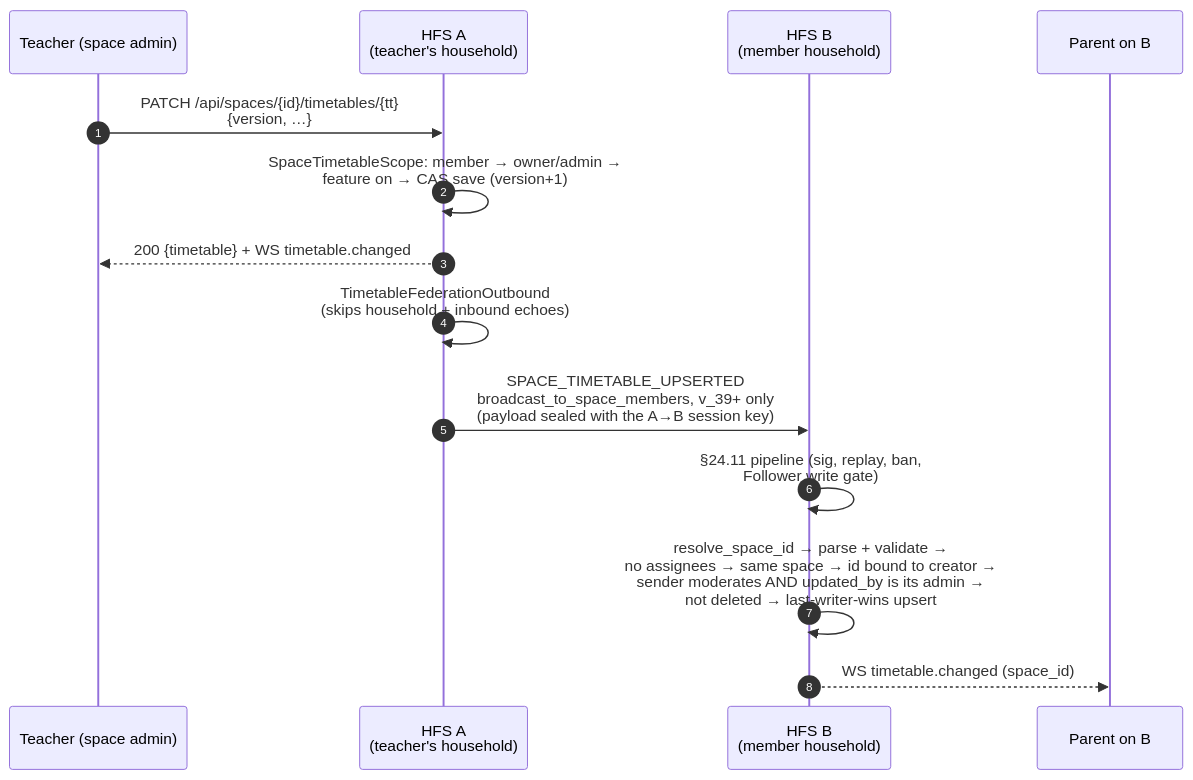
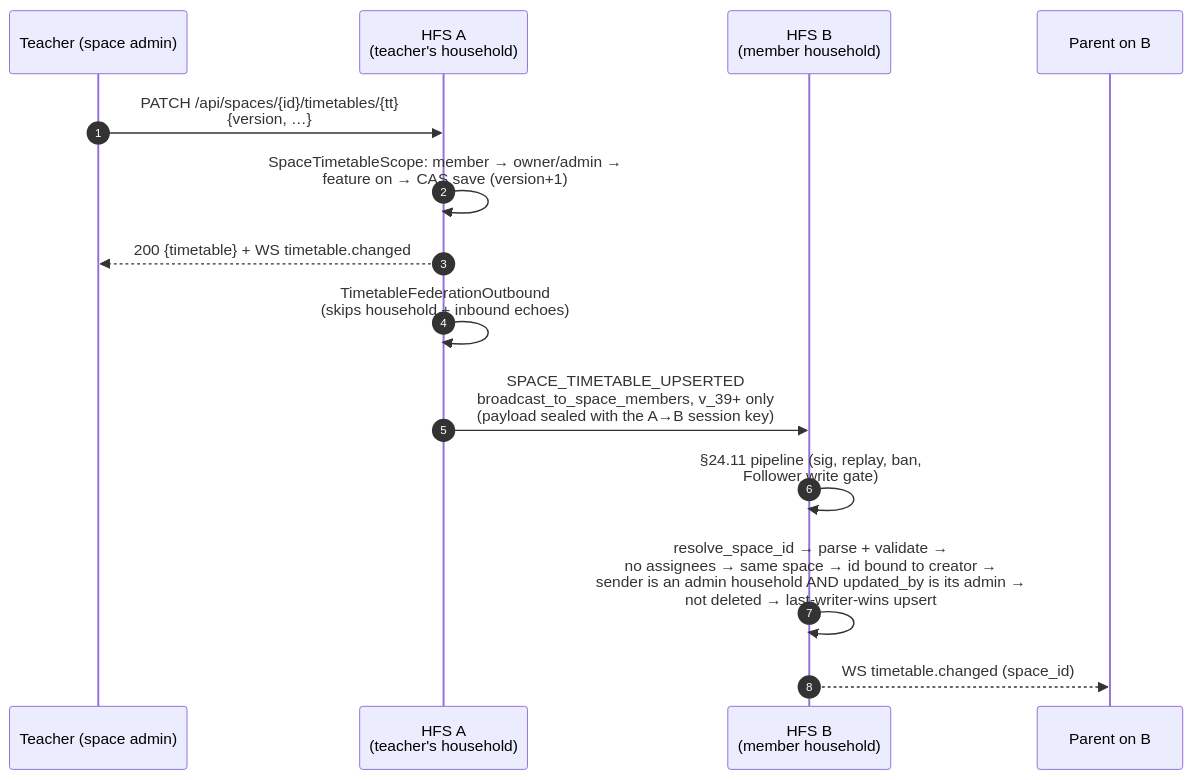
The diagram in docs/protocol/timetables.md (social-home-io/socialhome), drawn with Mermaid before and after one commit. The commit also changed other lines of this file and 83 other files, not shown here.

````diff
--- a/docs/protocol/timetables.md
+++ b/docs/protocol/timetables.md
@@ -57,17 +57,17 @@
 ```mermaid
 sequenceDiagram
     autonumber
     participant T as Teacher (space admin)
     participant A as HFS A<br/>(teacher's household)
     participant B as HFS B<br/>(member household)
     participant M as Parent on B
 
     T->>A: PATCH /api/spaces/{id}/timetables/{tt}<br/>{version, …}
     A->>A: SpaceTimetableScope: member → owner/admin →<br/>feature on → CAS save (version+1)
     A-->>T: 200 {timetable} + WS timetable.changed
     A->>A: TimetableFederationOutbound<br/>(skips household + inbound echoes)
     A->>B: SPACE_TIMETABLE_UPSERTED<br/>broadcast_to_space_members, v_39+ only<br/>(payload sealed with the A→B session key)
     B->>B: §24.11 pipeline (sig, replay, ban,<br/>Follower write gate)
-    B->>B: resolve_space_id → parse + validate →<br/>no assignees → same space → id bound to creator →<br/>sender moderates AND updated_by is its admin →<br/>not deleted → last-writer-wins upsert
+    B->>B: resolve_space_id → parse + validate →<br/>no assignees → same space → id bound to creator →<br/>sender is an admin household AND updated_by is its admin →<br/>not deleted → last-writer-wins upsert
     B-->>M: WS timetable.changed (space_id)
 ```
````
